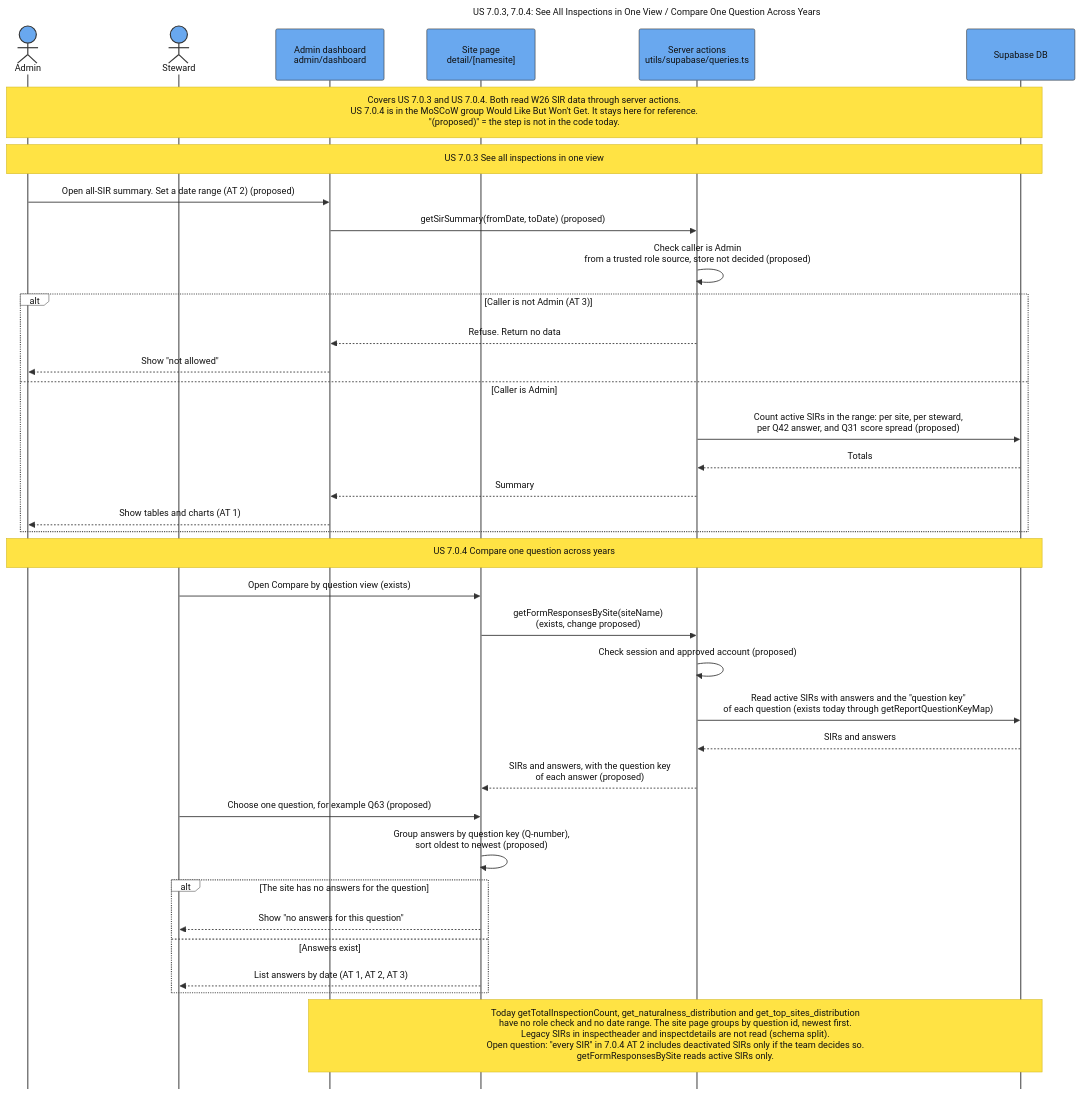
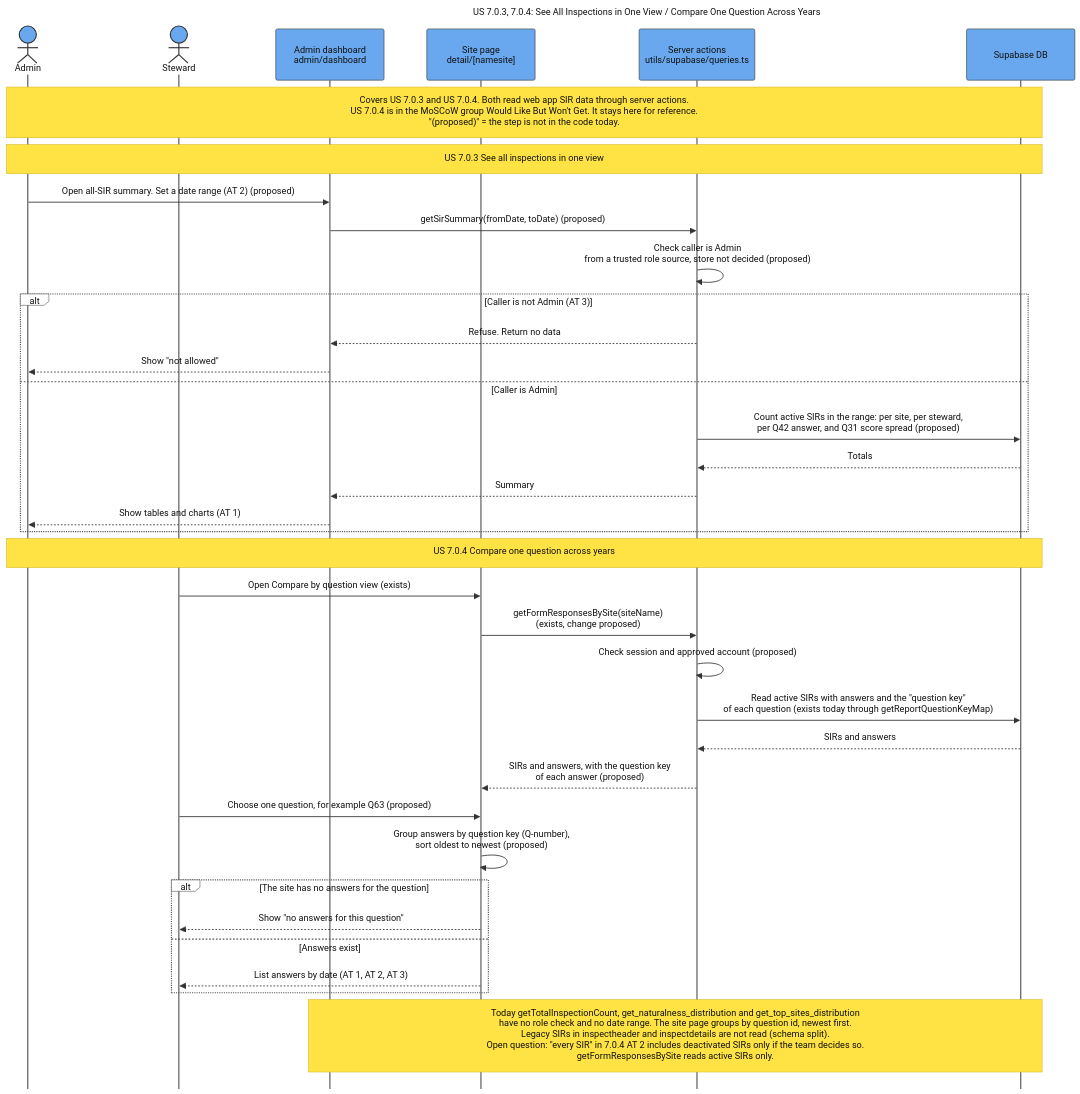
One commit to SAPAA-Dev/W26Project-SAPAA-Dev-Team changed the diagram in docs/assets/Sequence_US_7_0_3_7_0_4_Inspection_Summaries.mmd. Above: the diagram before and after it, drawn with Mermaid. The commit also changed 88 other files, not shown here.

```diff
--- a/docs/assets/Sequence_US_7_0_3_7_0_4_Inspection_Summaries.mmd
+++ b/docs/assets/Sequence_US_7_0_3_7_0_4_Inspection_Summaries.mmd
@@ -1,82 +1,82 @@
 ---
 title: "US 7.0.3, 7.0.4: See All Inspections in One View / Compare One Question Across Years"
 config:
   theme: base
   sequence:
     actorMargin: 75
     boxMargin: 12
     diagramMarginX: 45
     diagramMarginY: 30
     messageMargin: 40
     noteMargin: 16
     mirrorActors: false
     width: 190
     height: 90
   themeVariables:
     background: "#ffffff"
     primaryColor: "#69a8ef"
     primaryBorderColor: "#333333"
     primaryTextColor: "#111111"
     actorBkg: "#69a8ef"
     actorBorder: "#333333"
     actorTextColor: "#111111"
     actorLineColor: "#555555"
     signalColor: "#333333"
     signalTextColor: "#111111"
     activationBkgColor: "#cdd3db"
     activationBorderColor: "#cdd3db"
     noteBkgColor: "#ffe344"
     noteBorderColor: "#d4ba24"
     noteTextColor: "#111111"
     labelBoxBkgColor: "#ffffff"
     labelBoxBorderColor: "#555555"
     labelTextColor: "#111111"
     loopTextColor: "#111111"
     altBackground: "#ffffff"
   themeCSS: |
     .actor-line {
       stroke-dasharray: 10 10 !important;
       stroke-width: 1.25px !important;
     }
 ---
 sequenceDiagram
     autonumber off
     actor Admin
     actor Steward
     participant Dash as Admin dashboard<br/>admin/dashboard
     participant SitePage as Site page<br/>detail/[namesite]
     participant Server as Server actions<br/>utils/supabase/queries.ts
     participant DB as Supabase DB
 
-    Note over Admin,DB: Covers US 7.0.3 and US 7.0.4. Both read W26 SIR data through server actions.<br/>US 7.0.4 is in the MoSCoW group Would Like But Won't Get. It stays here for reference.<br/>"(proposed)" = the step is not in the code today.
+    Note over Admin,DB: Covers US 7.0.3 and US 7.0.4. Both read web app SIR data through server actions.<br/>US 7.0.4 is in the MoSCoW group Would Like But Won't Get. It stays here for reference.<br/>"(proposed)" = the step is not in the code today.
 
     Note over Admin,DB: US 7.0.3 See all inspections in one view
     Admin->>Dash: Open all-SIR summary. Set a date range (AT 2) (proposed)
     Dash->>Server: getSirSummary(fromDate, toDate) (proposed)
     Server->>Server: Check caller is Admin<br/>from a trusted role source, store not decided (proposed)
     alt Caller is not Admin (AT 3)
         Server-->>Dash: Refuse. Return no data
         Dash-->>Admin: Show "not allowed"
     else Caller is Admin
         Server->>DB: Count active SIRs in the range: per site, per steward,<br/>per Q42 answer, and Q31 score spread (proposed)
         DB-->>Server: Totals
         Server-->>Dash: Summary
         Dash-->>Admin: Show tables and charts (AT 1)
     end
 
     Note over Admin,DB: US 7.0.4 Compare one question across years
     Steward->>SitePage: Open Compare by question view (exists)
     SitePage->>Server: getFormResponsesBySite(siteName)<br/>(exists, change proposed)
     Server->>Server: Check session and approved account (proposed)
     Server->>DB: Read active SIRs with answers and the "question key"<br/>of each question (exists today through getReportQuestionKeyMap)
     DB-->>Server: SIRs and answers
     Server-->>SitePage: SIRs and answers, with the question key<br/>of each answer (proposed)
     Steward->>SitePage: Choose one question, for example Q63 (proposed)
     SitePage->>SitePage: Group answers by question key (Q-number),<br/>sort oldest to newest (proposed)
     alt The site has no answers for the question
         SitePage-->>Steward: Show "no answers for this question"
     else Answers exist
         SitePage-->>Steward: List answers by date (AT 1, AT 2, AT 3)
     end
 
     Note over Dash,DB: Today getTotalInspectionCount, get_naturalness_distribution and get_top_sites_distribution<br/>have no role check and no date range. The site page groups by question id, newest first.<br/>Legacy SIRs in inspectheader and inspectdetails are not read (schema split).<br/>Open question: "every SIR" in 7.0.4 AT 2 includes deactivated SIRs only if the team decides so.<br/>getFormResponsesBySite reads active SIRs only.
```
